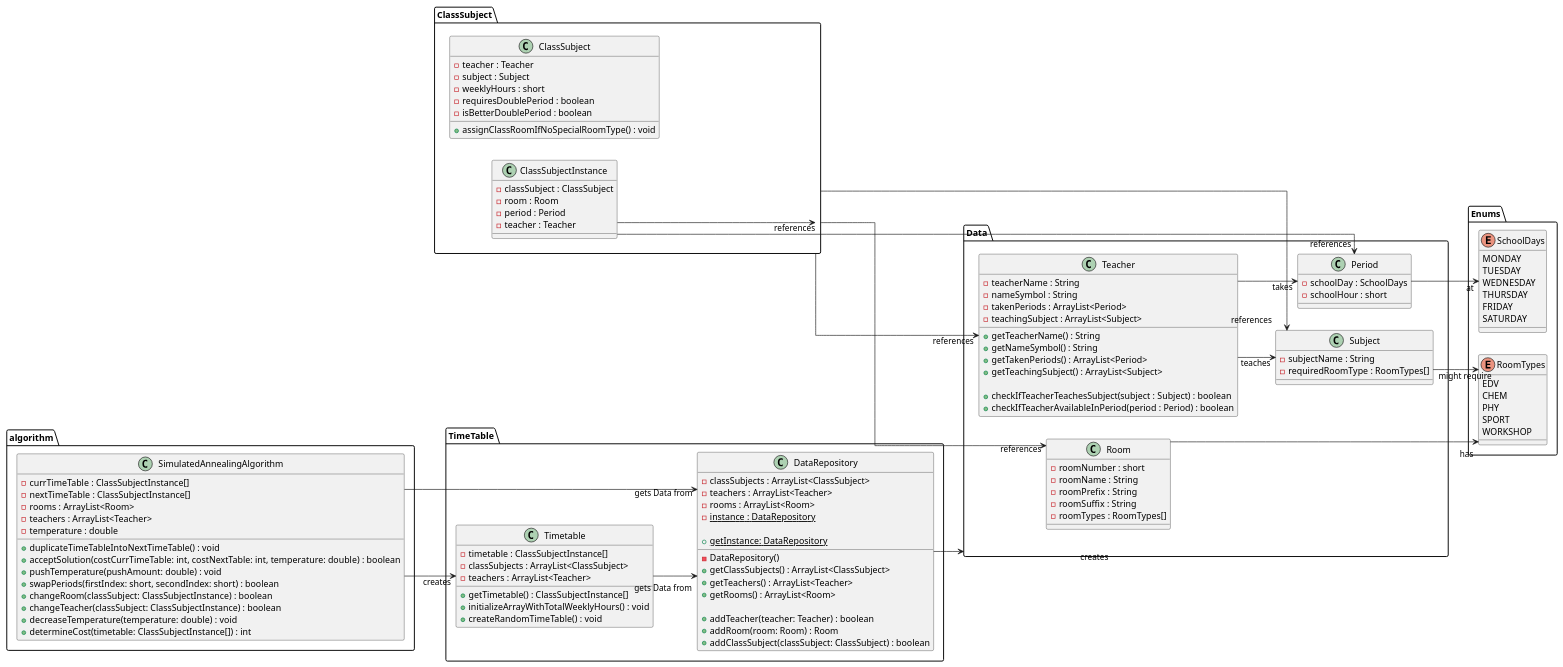
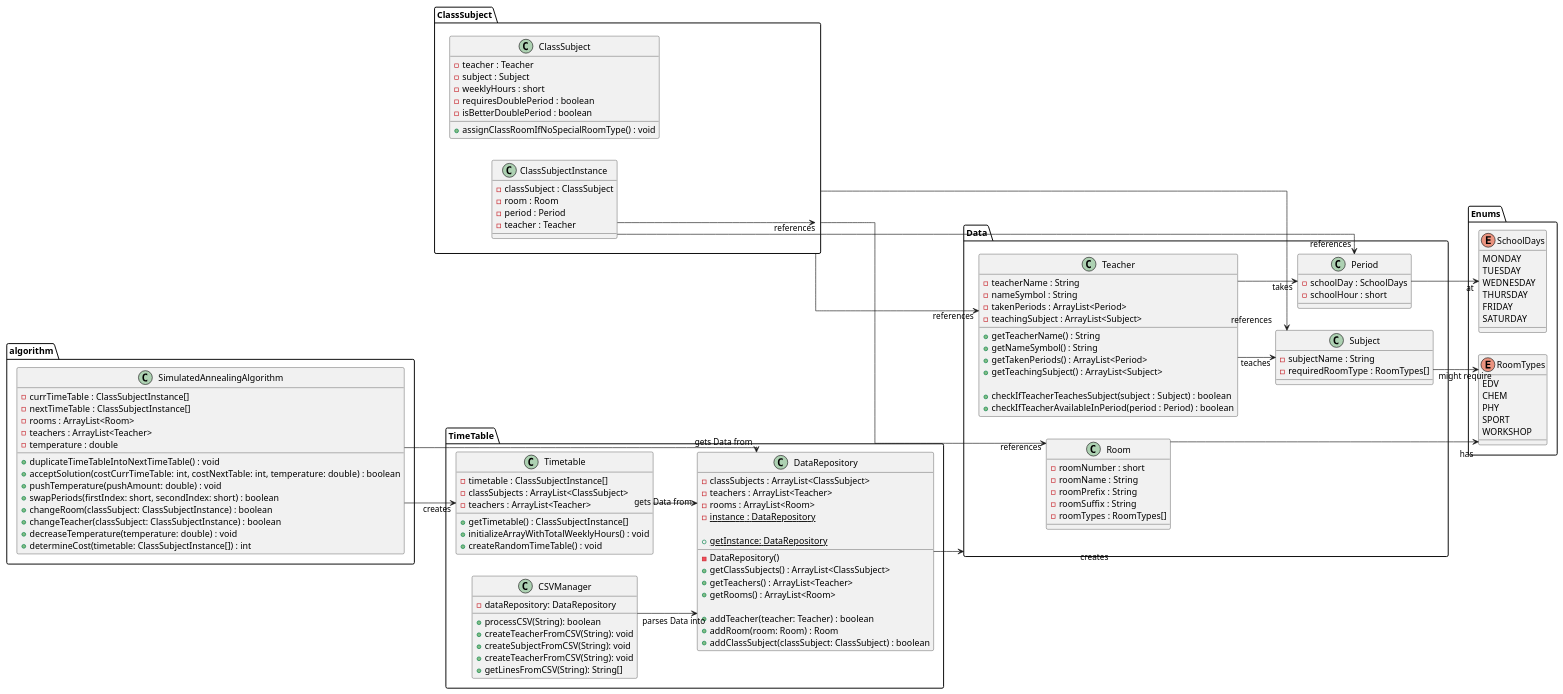
Before and after one commit to Lucaa0312/LeoPlaner: the diagram in documentation/class.puml, drawn with PlantUML.

Commit message:
added csvmanager class to diagramm

```diff
--- a/documentation/class.puml
+++ b/documentation/class.puml
@@ -1,152 +1,163 @@
 @startuml main
 left to right direction
 skinparam linetype ortho
 
 package "Enums" {
   enum RoomTypes {
       EDV
       CHEM
       PHY
       SPORT
       WORKSHOP
   }
 
   enum SchoolDays {
       MONDAY
       TUESDAY
       WEDNESDAY
       THURSDAY
       FRIDAY
       SATURDAY
   }
 }
 
 package "Data" {
   class Teacher {
       - teacherName : String
       - nameSymbol : String
       - takenPeriods : ArrayList<Period>
       - teachingSubject : ArrayList<Subject>
 
       + getTeacherName() : String
       + getNameSymbol() : String
       + getTakenPeriods() : ArrayList<Period>
       + getTeachingSubject() : ArrayList<Subject>
 
       + checkIfTeacherTeachesSubject(subject : Subject) : boolean
       + checkIfTeacherAvailableInPeriod(period : Period) : boolean
   }
 
   class Subject {
       - subjectName : String
       - requiredRoomType : RoomTypes[]
   }
 
   class Room {
       - roomNumber : short
       - roomName : String
       - roomPrefix : String
       - roomSuffix : String
       - roomTypes : RoomTypes[]
   }
 
   class Period {
       - schoolDay : SchoolDays
       - schoolHour : short
   }
 }
 
 package "ClassSubject" {
   class ClassSubject {
       - teacher : Teacher
       - subject : Subject 
       - weeklyHours : short
       - requiresDoublePeriod : boolean
       - isBetterDoublePeriod : boolean
 
       + assignClassRoomIfNoSpecialRoomType() : void
   }
 
   class ClassSubjectInstance {
       - classSubject : ClassSubject
       - room : Room
       - period : Period
       - teacher : Teacher
   }
 }
 
 package "TimeTable" {
     class Timetable {
         - timetable : ClassSubjectInstance[]
         - classSubjects : ArrayList<ClassSubject>
         - teachers : ArrayList<Teacher>
         
         + getTimetable() : ClassSubjectInstance[]
         + initializeArrayWithTotalWeeklyHours() : void
         + createRandomTimeTable() : void
     }
 
     class DataRepository {
         - classSubjects : ArrayList<ClassSubject>
         - teachers : ArrayList<Teacher>
         - rooms : ArrayList<Room>
         - {static} instance : DataRepository
 
         - DataRepository()
         + {static} getInstance: DataRepository
         + getClassSubjects() : ArrayList<ClassSubject>
         + getTeachers() : ArrayList<Teacher>
         + getRooms() : ArrayList<Room>
 
         + addTeacher(teacher: Teacher) : boolean
         + addRoom(room: Room) : Room
         + addClassSubject(classSubject: ClassSubject) : boolean
     }
+
+    class CSVManager {
+        - dataRepository: DataRepository
+
+        + processCSV(String): boolean
+        + createTeacherFromCSV(String): void
+        + createSubjectFromCSV(String): void
+        + createTeacherFromCSV(String): void
+        + getLinesFromCSV(String): String[]
+    }
 }
 
 package algorithm {
     class SimulatedAnnealingAlgorithm {
         - currTimeTable : ClassSubjectInstance[]
         - nextTimeTable : ClassSubjectInstance[]
         - rooms : ArrayList<Room>
         - teachers : ArrayList<Teacher>
         - temperature : double
 
         + duplicateTimeTableIntoNextTimeTable() : void
         + acceptSolution(costCurrTimeTable: int, costNextTable: int, temperature: double) : boolean
         + pushTemperature(pushAmount: double) : void
         + swapPeriods(firstIndex: short, secondIndex: short) : boolean
         + changeRoom(classSubject: ClassSubjectInstance) : boolean
         + changeTeacher(classSubject: ClassSubjectInstance) : boolean
         + decreaseTemperature(temperature: double) : void
         + determineCost(timetable: ClassSubjectInstance[]) : int
     }
 }
 
 
 Teacher --> "takes" Period
 Teacher --> "teaches" Subject
 
 Subject --> "might require" RoomTypes
 
 Room --> "has" RoomTypes
 
 Period --> "at" SchoolDays
 
 ClassSubject --> "references" Teacher
 ClassSubject --> "references" Subject
 ClassSubject --> "references" Room
 
 ClassSubjectInstance --> "references"  ClassSubject
 ClassSubjectInstance --> "references" Period
 
 Timetable --> "gets Data from" DataRepository
+CSVManager --> "parses Data into" DataRepository
 
 SimulatedAnnealingAlgorithm --> "gets Data from" DataRepository
 SimulatedAnnealingAlgorithm --> "creates" Timetable
 
 DataRepository --> "creates" Data
 
 
 
 @enduml
```
